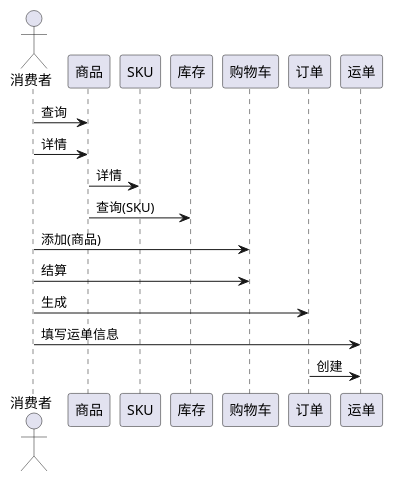
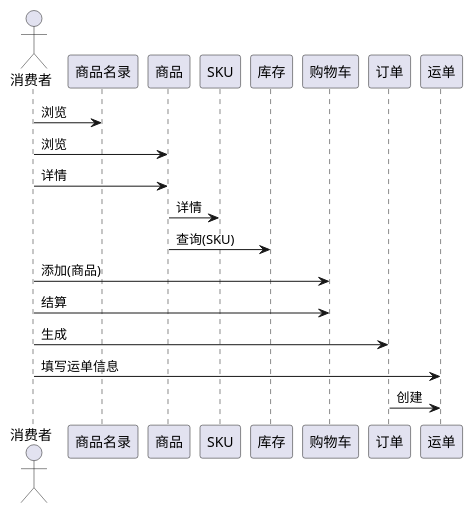
The diagram in docs/需求.md (tgmall/store-api), drawn with PlantUML before and after one commit. The commit also changed 68 other files, not shown here.

````diff
--- a/docs/需求.md
+++ b/docs/需求.md
@@ -7,12 +7,13 @@
 ```puml
 actor 消费者
-消费者 -> 商品: 查询
+消费者 -> 商品名录: 浏览
+消费者 -> 商品: 浏览
 消费者 -> 商品: 详情
 商品 -> SKU: 详情
 商品 -> 库存: 查询(SKU) 
 消费者 -> 购物车: 添加(商品)
 消费者 -> 购物车: 结算
 消费者 -> 订单: 生成
 消费者 -> 运单: 填写运单信息
 订单 -> 运单: 创建
 ```
````
